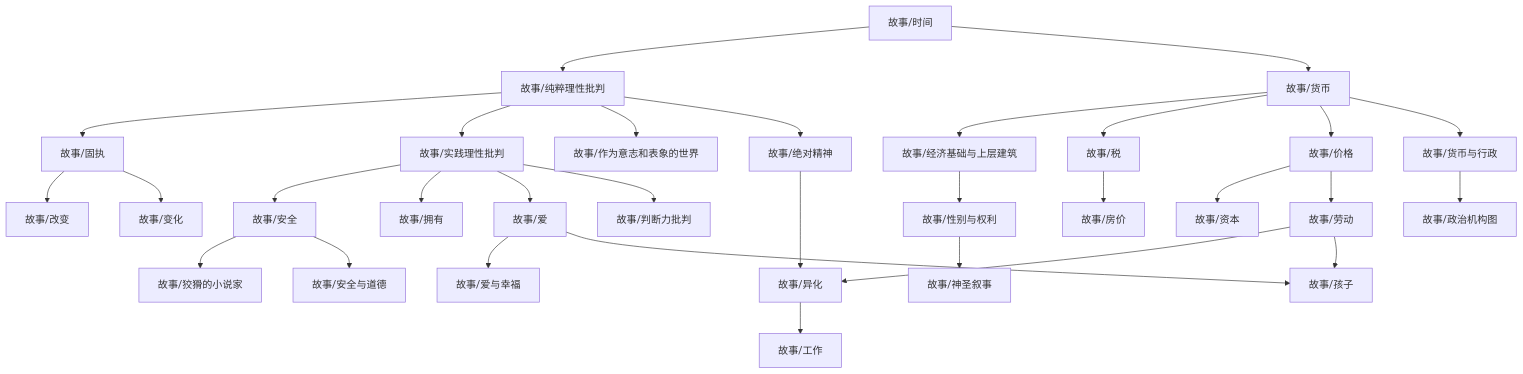
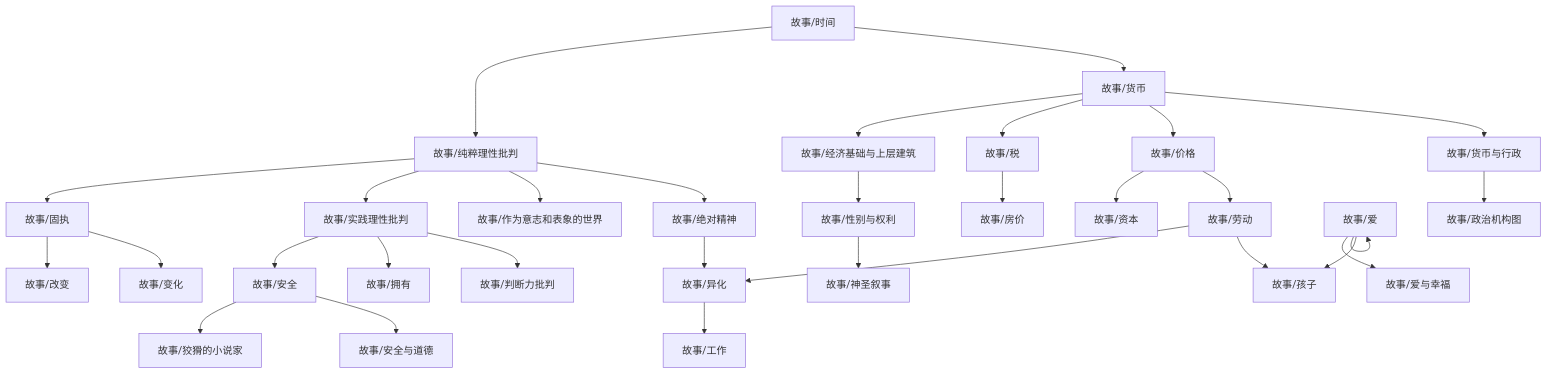
One commit to zeroDtree/zeroDtree.github.io changed the diagram in content/故事/dependency_graph.md. Above: the diagram before and after it, drawn with Mermaid. The commit also changed 8 other files, not shown here.

````diff
--- a/content/故事/dependency_graph.md
+++ b/content/故事/dependency_graph.md
@@ -1,33 +1,33 @@
 ```mermaid
 graph TD
 1["故事/劳动"] --> 0["故事/异化"]
 2["故事/绝对精神"] --> 0["故事/异化"]
 4["故事/纯粹理性批判"] --> 3["故事/固执"]
 6["故事/经济基础与上层建筑"] --> 5["故事/性别与权利"]
 8["故事/价格"] --> 7["故事/资本"]
 3["故事/固执"] --> 9["故事/改变"]
 11["故事/安全"] --> 10["故事/狡猾的小说家"]
 4["故事/纯粹理性批判"] --> 12["故事/实践理性批判"]
 13["故事/时间"] --> 4["故事/纯粹理性批判"]
 12["故事/实践理性批判"] --> 11["故事/安全"]
 14["故事/货币"] --> 6["故事/经济基础与上层建筑"]
 12["故事/实践理性批判"] --> 15["故事/拥有"]
 14["故事/货币"] --> 16["故事/税"]
 16["故事/税"] --> 17["故事/房价"]
 19["故事/货币与行政"] --> 18["故事/政治机构图"]
 3["故事/固执"] --> 20["故事/变化"]
-12["故事/实践理性批判"] --> 21["故事/爱"]
+21["故事/爱"] --> 21["故事/爱"]
 14["故事/货币"] --> 8["故事/价格"]
 4["故事/纯粹理性批判"] --> 23["故事/作为意志和表象的世界"]
 4["故事/纯粹理性批判"] --> 2["故事/绝对精神"]
 14["故事/货币"] --> 19["故事/货币与行政"]
 11["故事/安全"] --> 24["故事/安全与道德"]
 5["故事/性别与权利"] --> 25["故事/神圣叙事"]
 0["故事/异化"] --> 26["故事/工作"]
 21["故事/爱"] --> 27["故事/爱与幸福"]
 13["故事/时间"] --> 14["故事/货币"]
 21["故事/爱"] --> 28["故事/孩子"]
 1["故事/劳动"] --> 28["故事/孩子"]
 8["故事/价格"] --> 1["故事/劳动"]
 12["故事/实践理性批判"] --> 29["故事/判断力批判"]
 ```
````
